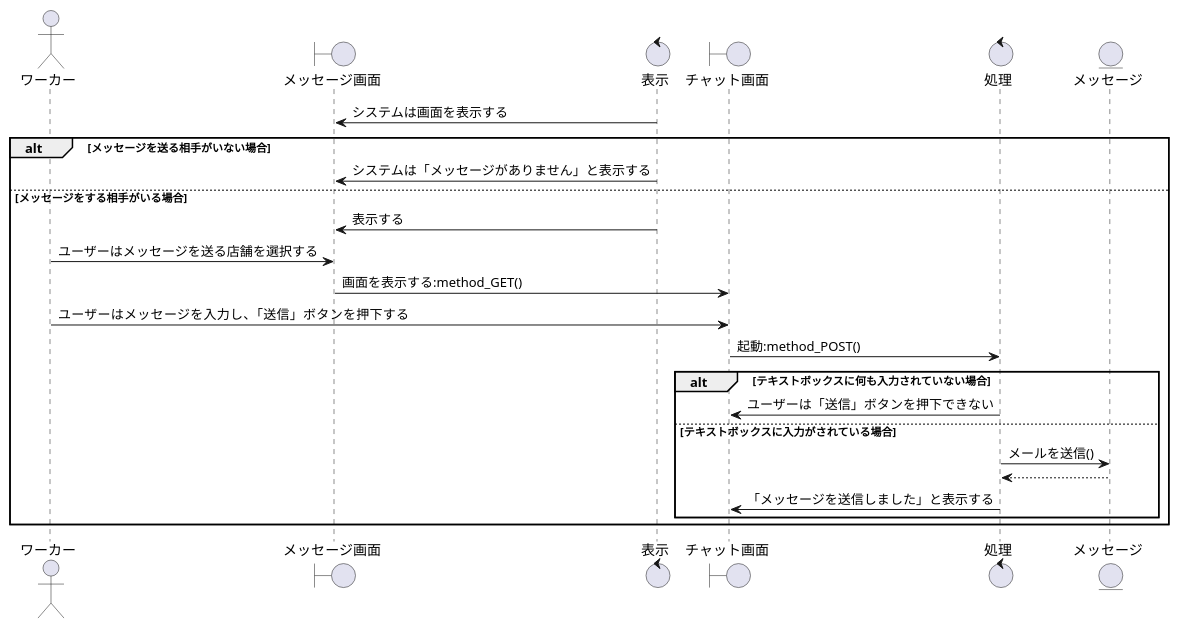
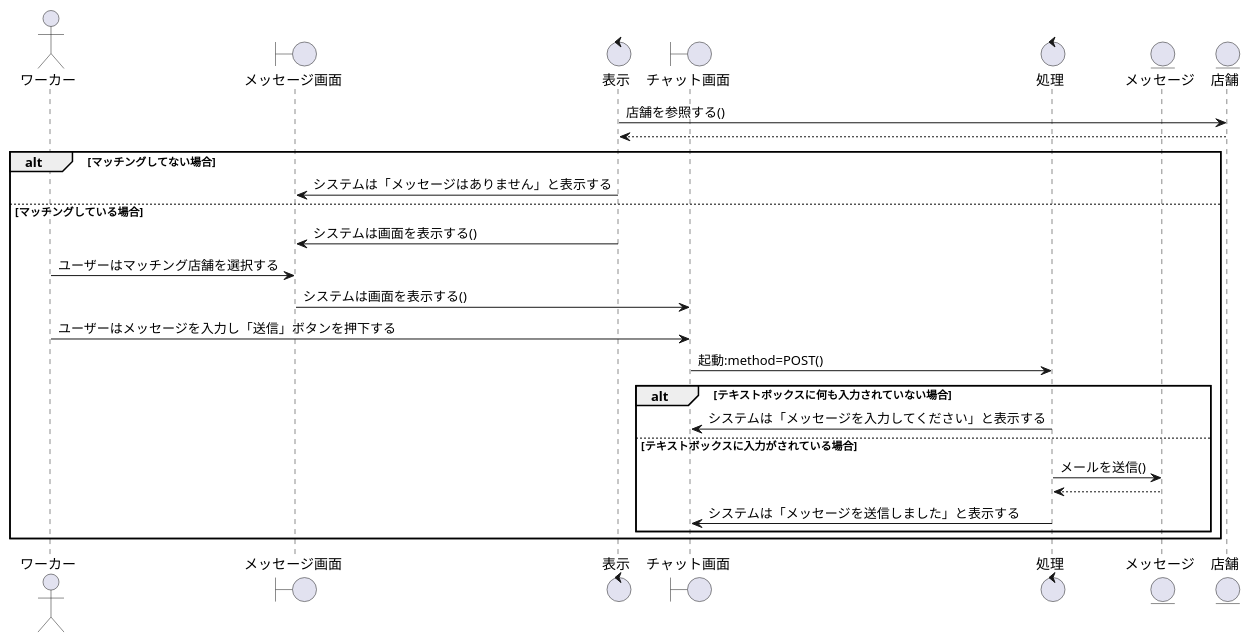
Before and after one commit to irukacb256/high_Me: the diagram in sequence_fig/6_message_fn/1_メッセージでやり取りする.pu, drawn with PlantUML. The commit also changed 2 other files, not shown here.

```diff
--- a/sequence_fig/6_message_fn/1_メッセージでやり取りする.pu
+++ b/sequence_fig/6_message_fn/1_メッセージでやり取りする.pu
@@ -1,32 +1,34 @@
 @startuml メッセージでやり取りする
 ' 1
 actor ワーカー as wo1
 boundary メッセージ画面 as me1
 control 表示 as co1
 boundary チャット画面 as ch1
 control 処理 as co2
 
 entity メッセージ as ml1
+entity 店舗 as ac2
 
 ' 2
-co1 -> me1 : システムは画面を表示する
+co1 -> ac2 : 店舗を参照する()
+co1 <-- ac2
 
-alt メッセージを送る相手がいない場合
-co1 -> me1 : システムは「メッセージがありません」と表示する
-else メッセージをする相手がいる場合
-co1 -> me1 : 表示する
-wo1 -> me1 : ユーザーはメッセージを送る店舗を選択する
-me1 -> ch1 : 画面を表示する:method_GET()
-wo1 -> ch1 : ユーザーはメッセージを入力し、「送信」ボタンを押下する
-ch1 -> co2 : 起動:method_POST()
-alt テキストボックスに何も入力されていない場合
-co2 -> ch1 : ユーザーは「送信」ボタンを押下できない
-else テキストボックスに入力がされている場合
-co2 -> ml1 : メールを送信()
-co2 <-- ml1
-co2 -> ch1 : 「メッセージを送信しました」と表示する
+alt マッチングしてない場合
+    co1 -> me1 : システムは「メッセージはありません」と表示する
+else マッチングしている場合
+    co1 -> me1 : システムは画面を表示する()
+    wo1 -> me1 : ユーザーはマッチング店舗を選択する
+    me1 -> ch1 : システムは画面を表示する()
+    wo1 -> ch1 : ユーザーはメッセージを入力し「送信」ボタンを押下する
+    ch1 -> co2 : 起動:method=POST()
 
-end
+    alt テキストボックスに何も入力されていない場合
+        co2 -> ch1 : システムは「メッセージを入力してください」と表示する
+    else テキストボックスに入力がされている場合
+        co2 -> ml1 : メールを送信()
+        co2 <-- ml1
+        co2 -> ch1 : システムは「メッセージを送信しました」と表示する
+    end
 end
 
 @enduml
```
